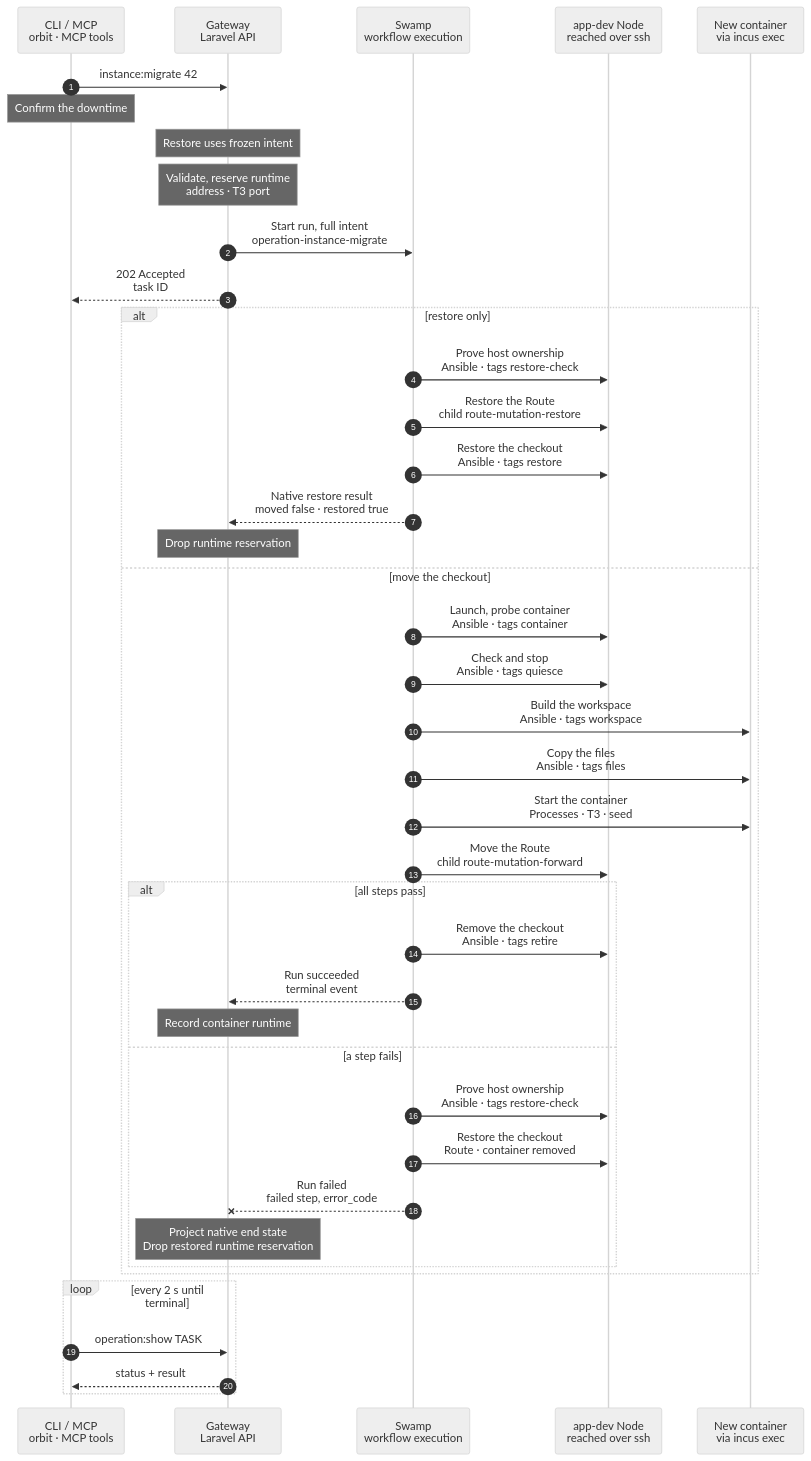
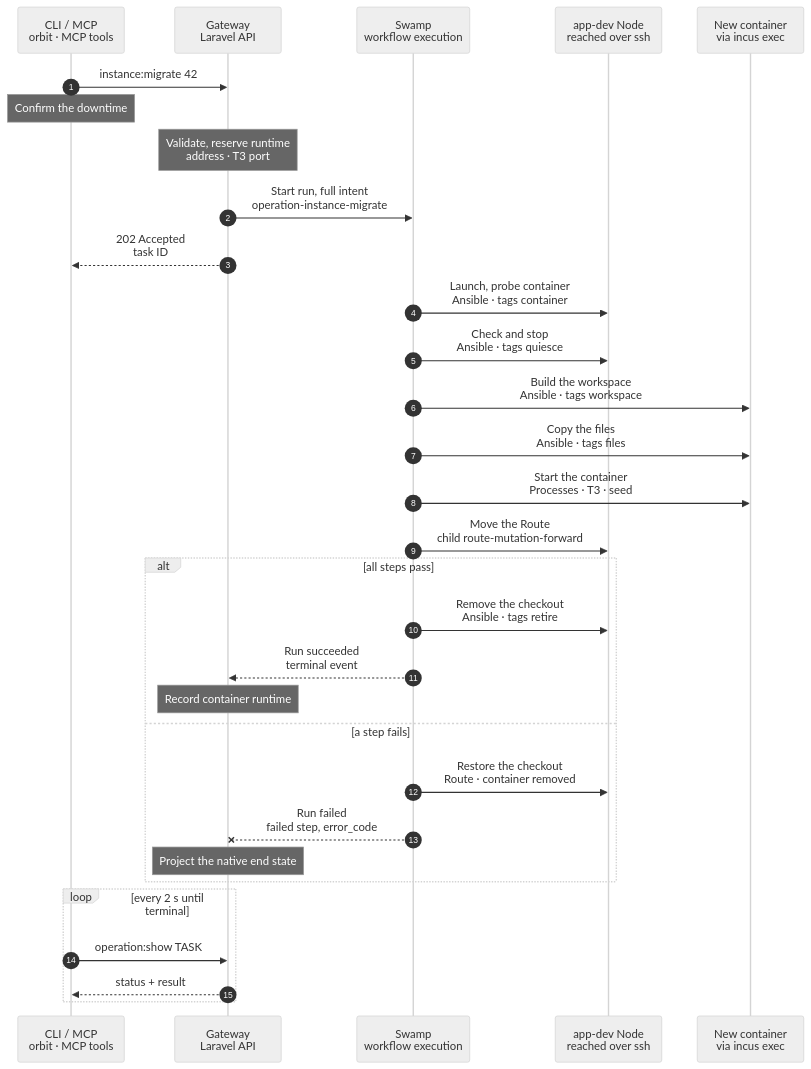
Before and after one commit to hardimpactdev/orbit: the diagram in docs/cli/instance/migrate.mmd, drawn with Mermaid (neutral theme). The commit also changed 25 other files, not shown here.

Commit message:
refactor: defer explicit migrate restore and Node claims

```diff
--- a/docs/cli/instance/migrate.mmd
+++ b/docs/cli/instance/migrate.mmd
@@ -1,129 +1,112 @@
 sequenceDiagram
   %% Container runtime (ADR 0250 step 8, docs/reference/development-containers.md#migrate-a-checkout-instance): one checkout Instance moves into a container, with its code. Its database stays where it is, and the container gets its own way to it. A default Instance moves before the other Instances of its Project, and keeps its checkout until its last worktree has moved. The command exists only until the last checkout Instance has moved (docs/reference/old-paths.md). The container steps are the phases of docs/cli/instance/container/create-default.mmd and create.mmd.
   %% status: draft
   %% command: instance:migrate
   %% kind: instance.migrate
   autonumber
   %% lane CLI icon=terminal pill=caller tone=gray
   %% lane GW icon=gateway pill=intent tone=blue
   %% lane SW icon=workflow pill=executes tone=green
   %% lane N icon=server pill=target tone=amber
   %% lane C icon=server pill=target tone=purple
   participant CLI as CLI / MCP<br/>orbit · MCP tools
   participant GW as Gateway<br/>Laravel API
   participant SW as Swamp<br/>workflow execution
   participant N as app-dev Node<br/>reached over ssh
   participant C as New container<br/>via incus exec
   CLI->>GW: instance:migrate 42
   %%> Command:
   %%> - `orbit instance:migrate INSTANCE`
-  %%> - syntax: `<instance> [--force] [--restore] [--idempotency-key=KEY] [--json]`
+  %%> - syntax: `<instance> [--force] [--idempotency-key=KEY] [--json]`
   Note over CLI: Confirm the downtime
   %%> What it asks:
   %%> - the Instance goes down during the move, and its old checkout moves to retention after it; `--force` answers yes
-  Note over GW: Restore uses frozen intent
-    %%> - `--restore` requires the latest migrate to be interrupted without a native finish, else `instance.migrate_restore_unavailable`
-    %%> - retirement must not have begun and the container must not own the Instance, else `instance.migrate_restore_unsafe`
-    %%> - admits a new Operation of the same kind, with only Route restore, container removal and host Process/awake restore; it never repeats the move
   Note over GW: Validate, reserve runtime<br/>address · T3 port
   %%> Requirements:
   %%> - the Instance is an active checkout Instance on an `app-dev` Node of the build list, else `instance.migrate_unsupported`
   %%> - a non-default Instance needs its Project's default Instance in a container first, else `instance.default_not_migrated`
   %%> - the Instance has only ordinary systemd or supported `vp-dev` Processes, no unfinished deployment or Process operation/runtime cleanup and no Route beside its own; a non-default Instance needs Conn and the model router, as a clone does
   %%> - `vp-dev` keeps its identity, assigned port and desired state; unsupported preset versions, custom commands, external paths and recorded container port conflicts refuse before downtime, naming the Process and reason
   %%> - a web-serving Project names its PHP version; a missing version refuses with `project.source_defaults_incomplete`, naming `orbit project:update PROJECT --source-access=github_app` to record it from source
   %%> - a database on a Database server has an IPv4 address and a port, else `instance.database_clone_unsupported`
   %%> Result:
-  %%> - the runtime reservation records the owning Operation; late receipts cannot change a newer owner
+  %%> - the runtime reservation records its owning Operation; late receipts cannot change a newer owner
+  %%> - the whole-run budget is 5,100 seconds; a lower-bound test includes declared child, restoration and cleanup timeouts
   %%> - the runtime record is reserved: the next bridge address and, for a non-default Instance, the lowest free T3 port
   %%> - the checkout stays the Instance's runtime until the Route has moved; the Route's Node is held for the run
   %%> - the Instance takes no deployment and no wake while the run lasts
   %%> - a non-default Instance's placeholder model key goes to the vault
-  %%> - the whole-run budget is an explicit 5,100 seconds; a lower-bound test guards the declared step timeouts, including Route children, restore and cleanup
   GW->>SW: Start run, full intent<br/>operation-instance-migrate
   GW-->>CLI: 202 Accepted<br/>task ID
-  alt restore only
-    SW->>N: Prove host ownership<br/>Ansible · tags restore-check
-    %%> - after the read-only check, atomically claim restore ownership for the original move before either Route restoration or container removal
-    %%> - retirement takes the same permanent claim before any retirement effect; the losing side refuses, including after native resume; every restore retry uses a stable identity from the original migrate Operation; retirement keeps its root run identity
-    SW->>N: Restore the Route<br/>child route-mutation-restore
-    SW->>N: Restore the checkout<br/>Ansible · tags restore
-    %%> - checks the Node's retirement checkpoint and host checkout before deleting any container
-    %%> - removes the interrupted move's container, ACL, firewall rules and mirror, then restores the host Processes and awake marker if quiesce began
-    SW-->>GW: Native restore result<br/>moved false · restored true
-    Note over GW: Drop runtime reservation
-  else move the checkout
   SW->>N: Launch, probe container<br/>Ansible · tags container
   %%> What it does:
   %%> - before any Node change, checks the recorded branch and every planned retirement; a refusal leaves prior resources untouched
   %%> - checks checkout symlinks and dependency package links before creating the container, skipping `.git` and installed package contents; broken links or targets outside the checkout refuse with `instance.migrate_symlink_unsupported`, naming every path and target
   %%> - retirement preflight refuses unpushed local branches or detached HEAD and stashes, with their existing named errors; it reads local refs only
   %%> - deletes a container that an earlier failed move left, then creates and starts the new container through the shared container phase; discard leaves shared bridge endpoint rules for host reconciliation
   %%> - each attached target gets an exact TCP allow in both the bridge and NIC ACLs; both keep default reject. Endpoint adds reread on ETag conflict, at most five attempts with a one-second delay
   %%> - probes every attached target from inside the container before downtime, else `instance.database_unreachable`
   %%> - fetches the branch from the checkout into the Node's mirror, including commits never pushed
   SW->>N: Check and stop<br/>Ansible · tags quiesce
   %%> What it does:
   %%> - repeats the branch, retirement and source symlink checks before stopping writers
   %%> - stops and disables the host Process units, then removes the awake marker
   %%> - records that quiesce began, so a failure before it never restarts host units or rewrites the awake marker
   SW->>C: Build the workspace<br/>Ansible · tags workspace
   %%> What it does:
   %%> - pushes the branch in as a bundle and checks it out in a standalone repository in `/srv/workspace`
   %%> - a non-default checkout is a linked worktree, so its `.git` is never copied
   SW->>C: Copy the files<br/>Ansible · tags files
   %%> What it does:
   %%> - copies every file that differs from the commit, every untracked file and every ignored file, `.env` among them
   %%> - removes the tracked files that the checkout deleted, and rewrites the checkout's path in `.env` to `/srv/workspace`
   %%> - checks the exact copied tree inside the container, maps old-checkout targets into the workspace and rewrites absolute internal links there; broken or external links fail with the same code before any Process starts, relative links keep their targets, and source links never change
   %%> - a non-default Instance gets the proxy device that publishes its T3 port
   SW->>C: Start the container<br/>Processes · T3 · seed
+  %%> - container units use `network.target`, nonblocking starts and bounded readiness
   %%> What it does:
   %%> - starts FrankenPHP and the Instance's existing Processes as `orbit`, with the same ids and desired states; their environment files come through the vault
   %%> - writes the shared FrankenPHP Caddyfile and unit; only the Node's bridge peer with `X-Forwarded-Proto: https` sets PHP's HTTPS scheme, port and resolved client IP; other requests keep native values
-  %%> - container units order after `network.target`, without pulling in `network-online.target`; starts are nonblocking, followed by a bounded readiness check for each unit
   %%> - `vp-dev` uses the runtime folder’s `current/bin/vp`, workspace paths and its assigned port on `0.0.0.0`; only the Node can reach that port, and Caddy sends `/__orbit/vite` there
   %%> - a non-default Instance gets `/etc/orbit/instance`, the agent settings and its T3 server, registered as in create
   %%> - a default Instance gets its first `seed-<commit>` snapshot
   SW->>N: Move the Route<br/>child route-mutation-forward
   %%> What it does:
   %%> - points the Instance's Route at FrankenPHP in the container, and withdraws the checkout's PHP-FPM pool
   alt all steps pass
     SW->>N: Remove the checkout<br/>Ansible · tags retire
     %%> What it does:
     %%> - removes the old host Process units and their environment folders
     %%> - repeats the same retirement preflight as an early warning; a new blocker leaves the container serving and the checkout intact
     %%> - atomically moves each old checkout under `<checkout>.orbit-retired-git/<sha256 of original path>`; the retained root is beside the migrating Instance's checkout
     %%> - keeps the whole tree, including Git objects, refs, reflogs, `.git/modules` and nested repositories; a late worktree cannot lose its Git metadata to retirement
     %%> - records `retained_git_path` and `retained_git_at` on the Instance; `instance:show` and the Instance API expose them
     %%> - writes the awake marker; a default's checkout stays until its last worktree has moved; retirement never deletes or prunes Git metadata
     %%> If it fails:
     %%> - the container stays the Instance; the run fails with `instance.migrate_retire_failed`, and the source or retained checkout stays on the Node
     SW-->>GW: Run succeeded<br/>terminal event
     Note over GW: Record container runtime
     %%> Result:
     %%> - the Instance's workspace is the container's; the runtime runs, a default's row holds its seed commit
     %%> - a SQLite file moved with the files, so its connection record goes; stored `.env` values follow the new path
     %%> - the Conn layer records a non-default Instance's T3 server from the result
   else a step fails
-    SW->>N: Prove host ownership<br/>Ansible · tags restore-check
     SW->>N: Restore the checkout<br/>Route · container removed
     %%> What it does:
     %%> - puts the Route back on the checkout when the run had moved it
     %%> - deletes the new container, its ACL, its firewall rules and its mirror
     %%> - restores host Process units and the awake marker only when quiesce began; an unreachable target causes zero downtime
     %%> - the checkout and database remain in place
     SW--xGW: Run failed<br/>failed step, error_code
-    Note over GW: Project native end state<br/>Drop restored runtime reservation
-    %%> - after a Gateway deadline or confirmed cancel, read the native finish and its failure evidence; moved/restored/ready and the native error code decide the receipt and runtime ownership
-    %%> - a native step failure keeps its own code; deadline-caused cancellation keeps failed/`operation.timed_out` with the native end state, while user cancellation is cancelled; a restored checkout has no container reservation, so Process commands reach the host
+    Note over GW: Project the native end state
+    %%> - settle native moved/restored/ready and failure evidence after deadline or confirmed cancellation; a restored runtime reservation is removed only while this Operation owns it
+    %%> - an independent phase failure keeps its code; deadline abort stays failed/`operation.timed_out`, user abort stays cancelled
+    %%> - a native finish supplies step statuses and times, even when no events streamed
     %%> Retry:
     %%> - run the same command again; it starts with a new container
     %%> - a restore that failed keeps the reserved record and its address, and names the failed step
-    %%> - an interrupted root with no finish records moved/restored as unknown and ready false, and names `orbit instance:migrate INSTANCE --restore --force`; restore refuses after retirement began
-  end
   end
   loop every 2 s until terminal
     CLI->>GW: operation:show TASK
     GW-->>CLI: status + result
   end
```
